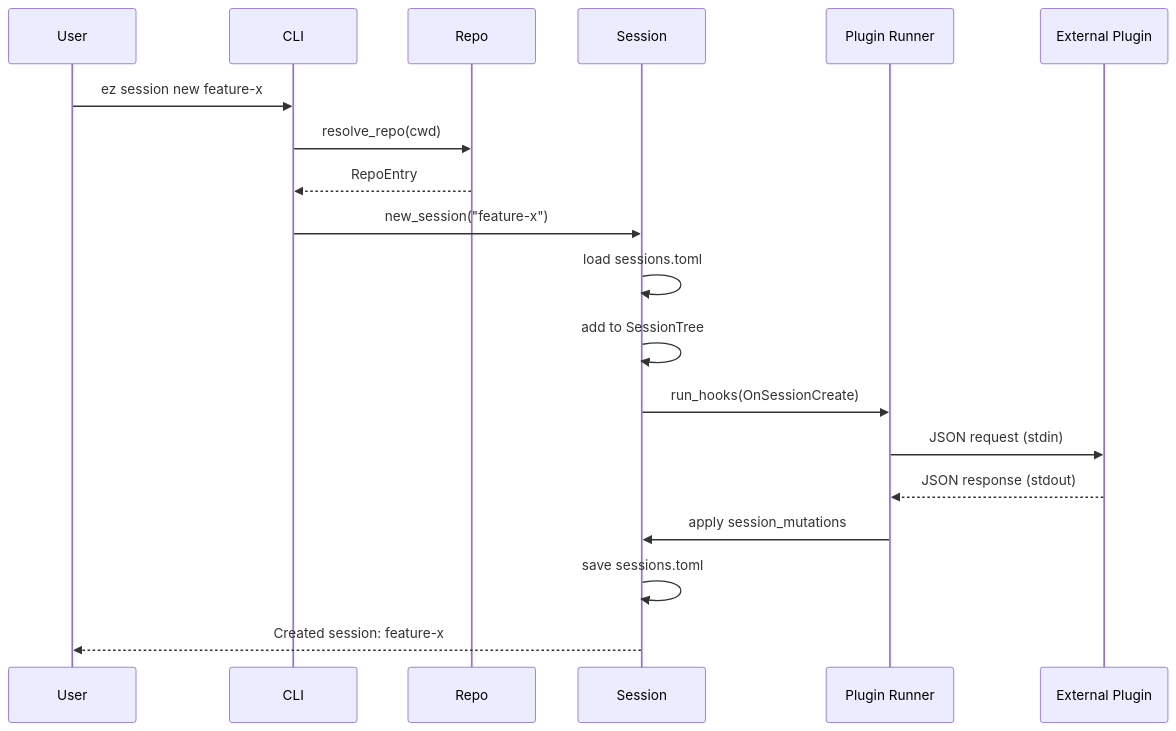
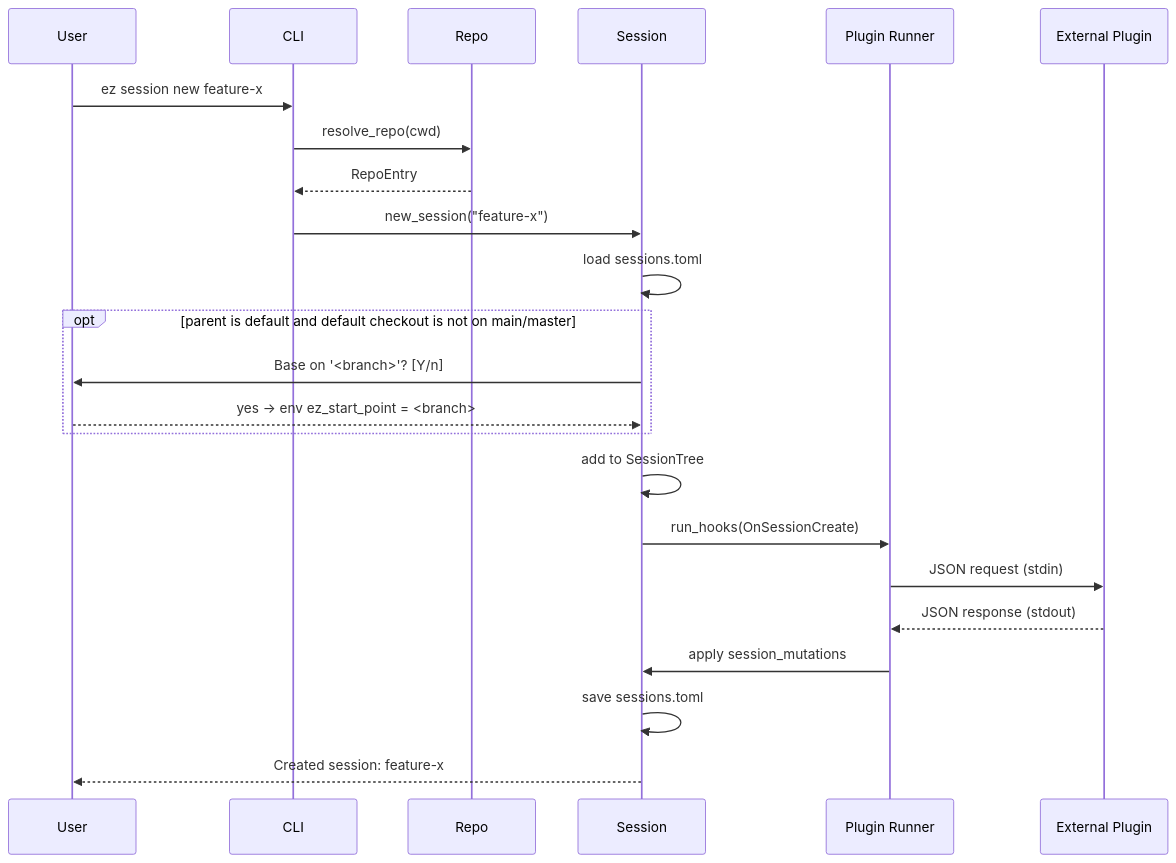
One commit to KoalaVim/ez-workspaces changed the second of 10 diagrams in docs/design.md. Above: the diagram before and after it, drawn with Mermaid. The commit also changed 6 other files, not shown here.

First line of the commit message:
feat(session): offer the default checkout's branch as the base

````diff
--- a/docs/design.md
+++ b/docs/design.md
@@ -49,22 +49,26 @@
 ```mermaid
 sequenceDiagram
     participant U as User
     participant C as CLI
     participant R as Repo
     participant S as Session
     participant P as Plugin Runner
     participant E as External Plugin
 
     U->>C: ez session new feature-x
     C->>R: resolve_repo(cwd)
     R-->>C: RepoEntry
     C->>S: new_session("feature-x")
     S->>S: load sessions.toml
+    opt parent is default and default checkout is not on main/master
+        S->>U: Base on '<branch>'? [Y/n]
+        U-->>S: yes → env ez_start_point = <branch>
+    end
     S->>S: add to SessionTree
     S->>P: run_hooks(OnSessionCreate)
     P->>E: JSON request (stdin)
     E-->>P: JSON response (stdout)
     P->>S: apply session_mutations
     S->>S: save sessions.toml
     S-->>U: Created session: feature-x
 ```
````
